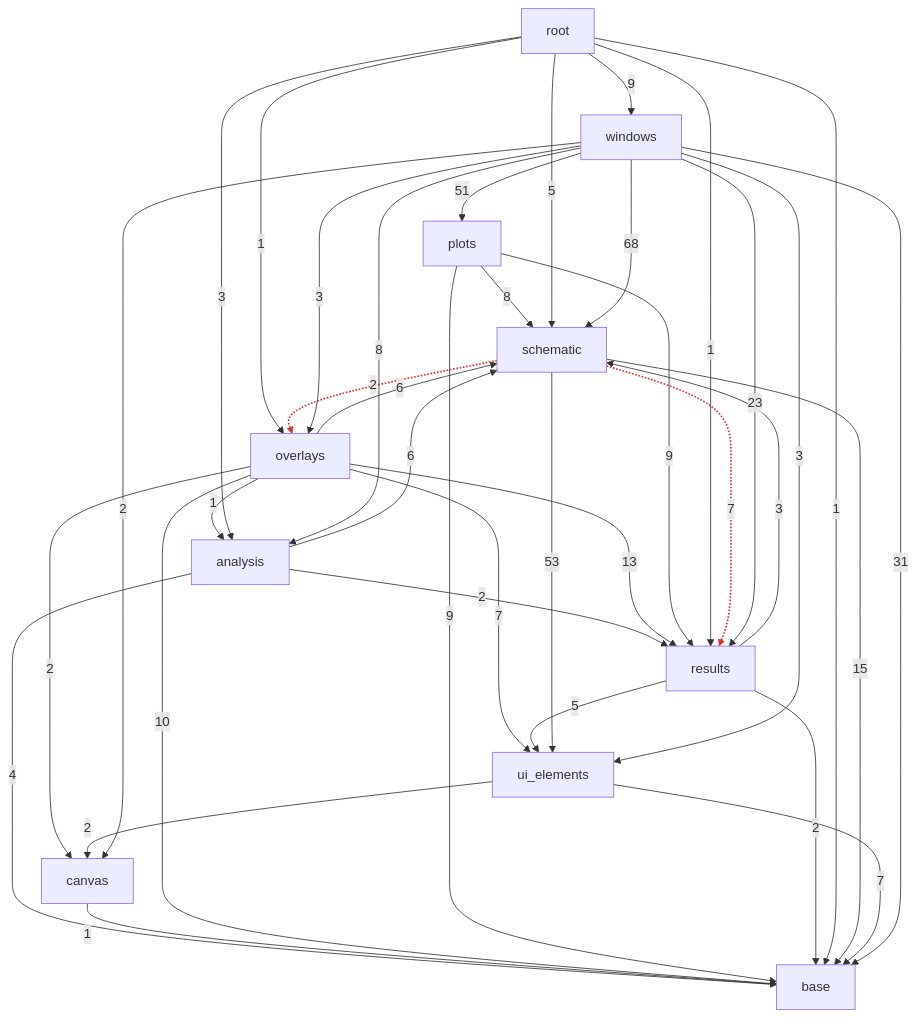
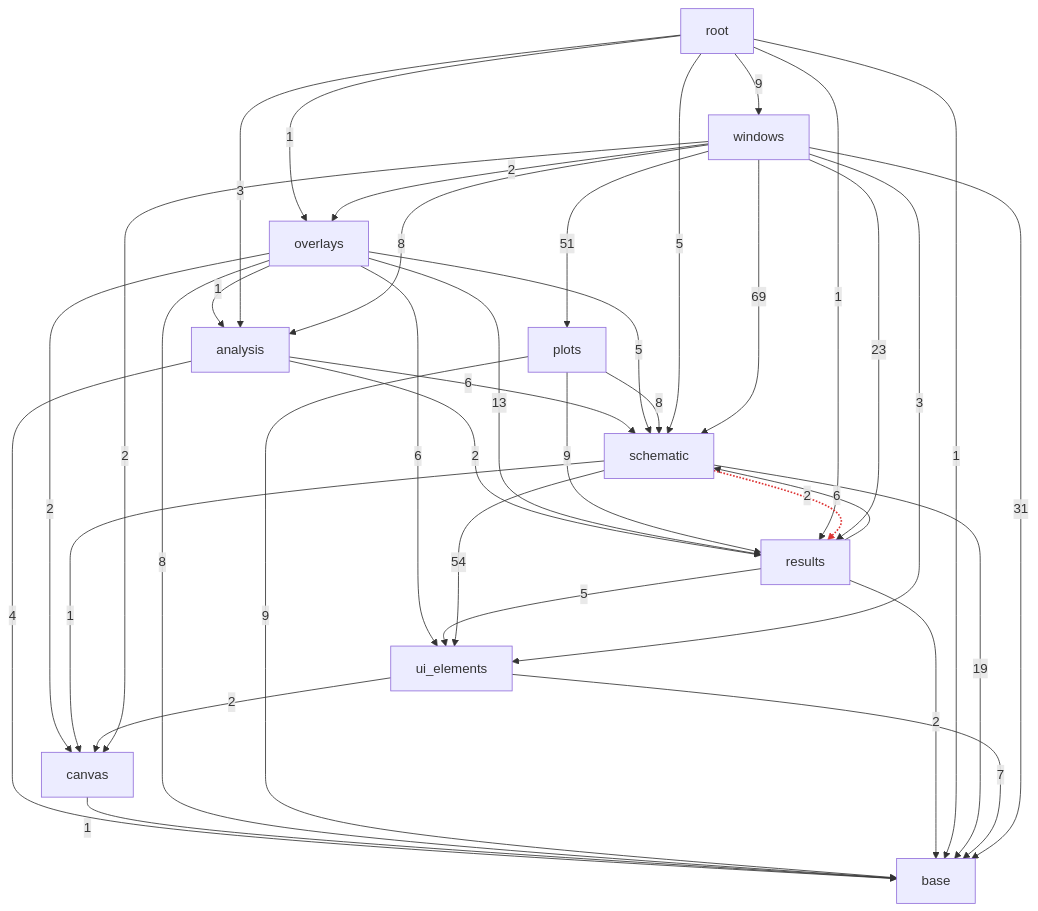
The third of 3 diagrams in docs/architecture.md (ronnymilleo/imcsim), drawn with Mermaid before and after one commit. The commit also changed other lines of this file and 34 other files, not shown here.

````diff
--- a/docs/architecture.md
+++ b/docs/architecture.md
@@ -58,51 +58,50 @@
 ```mermaid
 flowchart TD
     app_gui_base[base]
     app_gui_canvas[canvas]
     app_gui_ui_elements[ui_elements]
     app_gui_schematic[schematic]
     app_gui_results[results]
     app_gui_analysis[analysis]
     app_gui_plots[plots]
     app_gui_overlays[overlays]
     app_gui_windows[windows]
     app_gui_root[root]
     app_gui_analysis -->|4| app_gui_base
     app_gui_analysis -->|2| app_gui_results
     app_gui_analysis -->|6| app_gui_schematic
     app_gui_canvas -->|1| app_gui_base
     app_gui_overlays -->|1| app_gui_analysis
-    app_gui_overlays -->|10| app_gui_base
+    app_gui_overlays -->|8| app_gui_base
     app_gui_overlays -->|2| app_gui_canvas
     app_gui_overlays -->|13| app_gui_results
-    app_gui_overlays -->|6| app_gui_schematic
-    app_gui_overlays -->|7| app_gui_ui_elements
+    app_gui_overlays -->|5| app_gui_schematic
+    app_gui_overlays -->|6| app_gui_ui_elements
     app_gui_plots -->|9| app_gui_base
     app_gui_plots -->|9| app_gui_results
     app_gui_plots -->|8| app_gui_schematic
     app_gui_results -->|2| app_gui_base
-    app_gui_results -->|3| app_gui_schematic
+    app_gui_results -->|6| app_gui_schematic
     app_gui_results -->|5| app_gui_ui_elements
     app_gui_root -->|3| app_gui_analysis
     app_gui_root -->|1| app_gui_base
     app_gui_root -->|1| app_gui_overlays
     app_gui_root -->|1| app_gui_results
     app_gui_root -->|5| app_gui_schematic
     app_gui_root -->|9| app_gui_windows
-    app_gui_schematic -->|15| app_gui_base
-    app_gui_schematic -.->|2| app_gui_overlays
-    app_gui_schematic -.->|7| app_gui_results
-    app_gui_schematic -->|53| app_gui_ui_elements
+    app_gui_schematic -->|19| app_gui_base
+    app_gui_schematic -->|1| app_gui_canvas
+    app_gui_schematic -.->|2| app_gui_results
+    app_gui_schematic -->|54| app_gui_ui_elements
     app_gui_ui_elements -->|7| app_gui_base
     app_gui_ui_elements -->|2| app_gui_canvas
     app_gui_windows -->|8| app_gui_analysis
     app_gui_windows -->|31| app_gui_base
     app_gui_windows -->|2| app_gui_canvas
-    app_gui_windows -->|3| app_gui_overlays
+    app_gui_windows -->|2| app_gui_overlays
     app_gui_windows -->|51| app_gui_plots
     app_gui_windows -->|23| app_gui_results
-    app_gui_windows -->|68| app_gui_schematic
+    app_gui_windows -->|69| app_gui_schematic
     app_gui_windows -->|3| app_gui_ui_elements
-    linkStyle 23 stroke:#d33,stroke-width:2px
     linkStyle 24 stroke:#d33,stroke-width:2px
 ```
````
